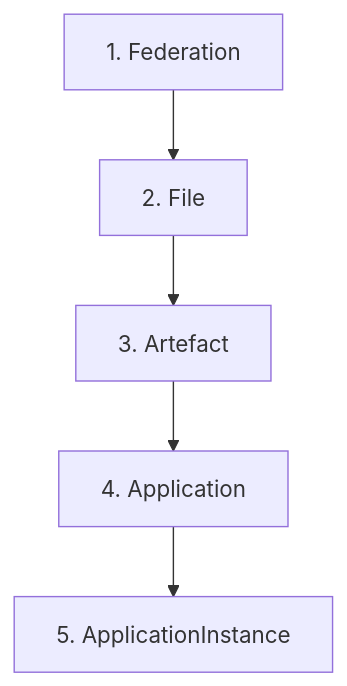
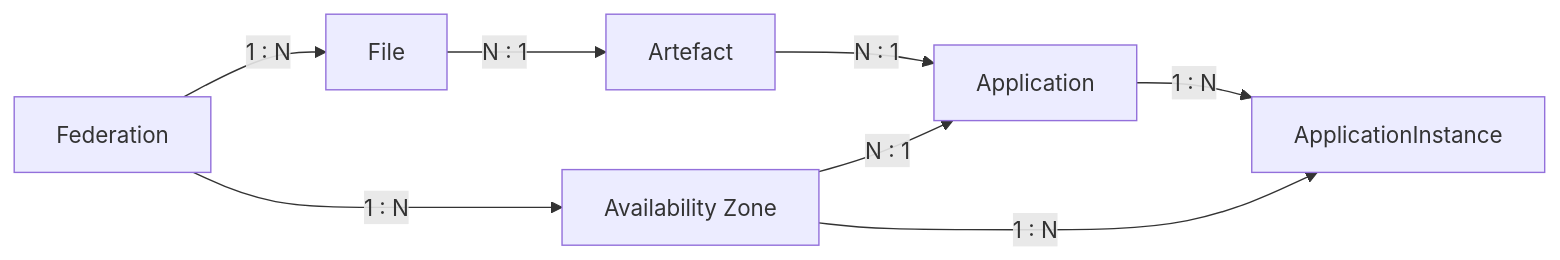
One commit to neonephos-katalis/opg-ewbi-documentation changed the fourth of 14 diagrams in docs/federation.md. Above: the diagram before and after it, drawn with Mermaid. The commit also changed other lines of this file and 6 other files, not shown here.

````diff
--- a/docs/federation.md
+++ b/docs/federation.md
@@ -117,14 +133,17 @@
-```mermaid id="0o0m6g"
-flowchart TD
+```mermaid
+flowchart LR
+    F["Federation"]
+    Z["Availability Zone"]
+    FI["File"]
+    AR["Artefact"]
+    AP["Application"]
+    AI["ApplicationInstance"]
 
-    F["1. Federation"]
-    FILE["2. File"]
-    ART["3. Artefact"]
-    APP["4. Application"]
-    INST["5. ApplicationInstance"]
-
-    F --> FILE
-    FILE --> ART
-    ART --> APP
-    APP --> INST
+    F -->|"1 : N"| Z
+    F -->|"1 : N"| FI
+    FI -->|"N : 1"| AR
+    AR -->|"N : 1"| AP
+    Z -->|"N : 1"| AP
+    AP -->|"1 : N"| AI
+    Z -->|"1 : N"| AI
 ```
````
